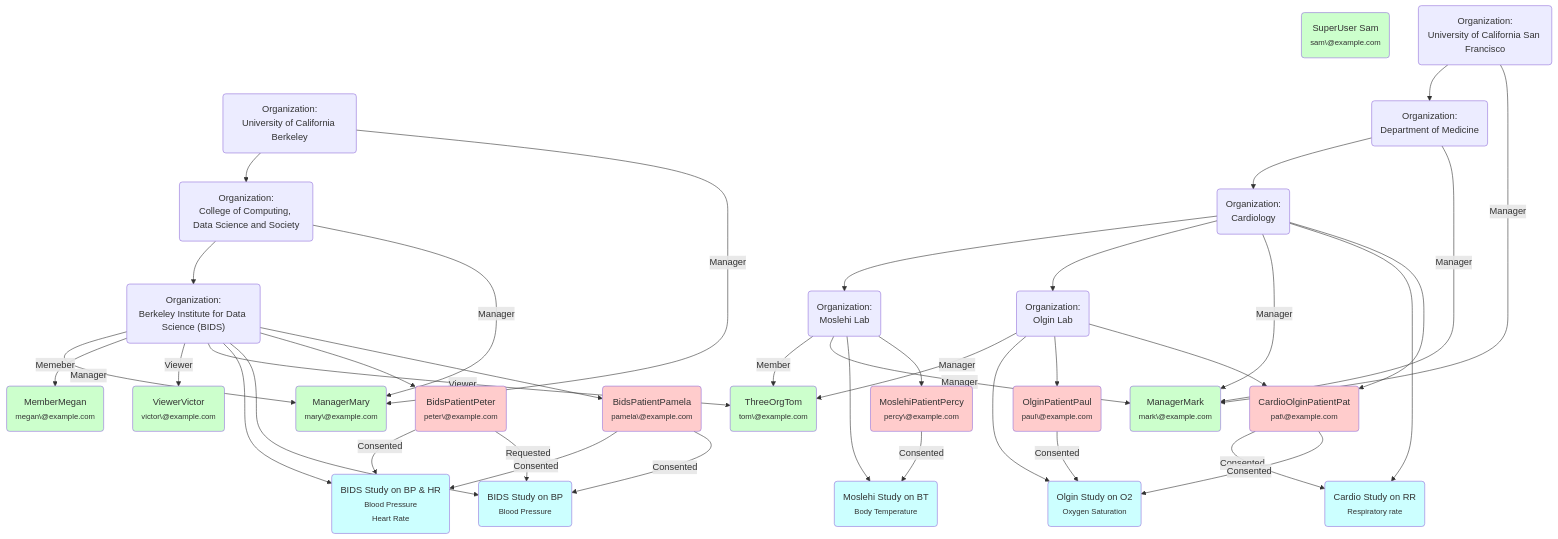
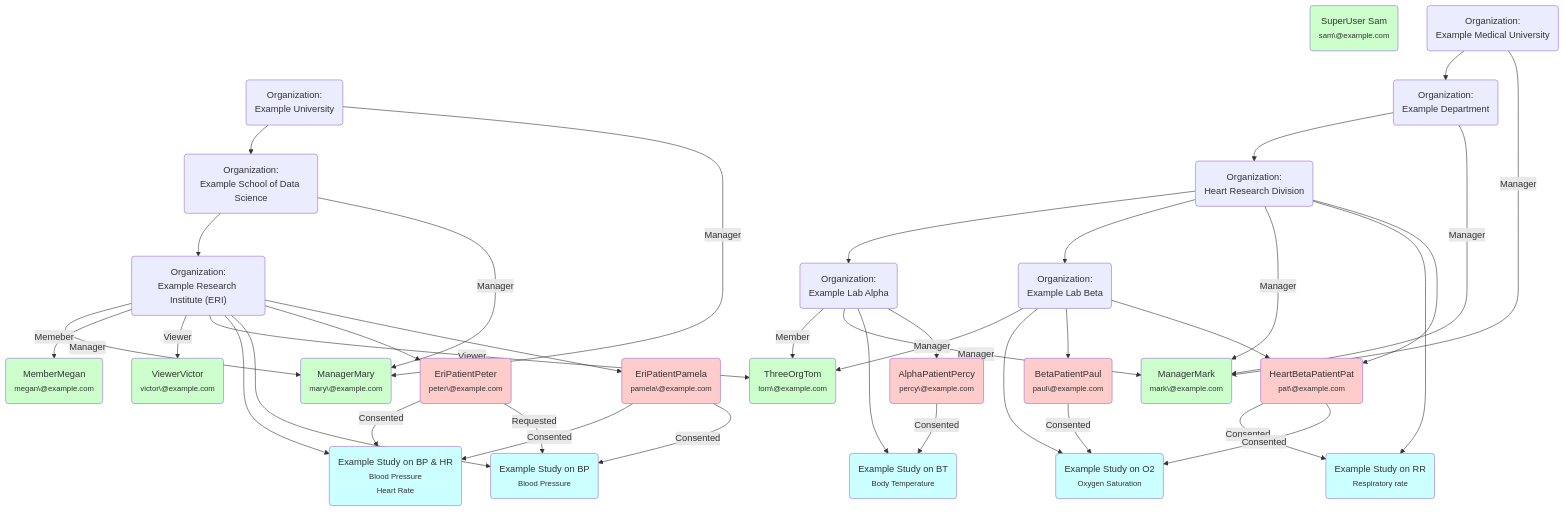
One commit to jupyterhealth/jupyterhealth-exchange changed the first of 2 diagrams in README.md. Above: the diagram before and after it, drawn with Mermaid. The commit also changed other lines of this file and 5 other files, not shown here.

````diff
--- a/README.md
+++ b/README.md
@@ -166,75 +166,75 @@
 ```mermaid
 flowchart TD
     sam("SuperUser Sam<br/><small>sam\@example.com</small>")
     style sam fill:#CFC
 
     %% berkeley
-    ucb("Organization:<br/>University of California Berkeley") --> ccdss("Organization:<br/>College of Computing, Data Science and Society")
-    ccdss --> bids("Organization:<br/>Berkeley Institute for Data Science (BIDS)")
+    ucb("Organization:<br/>Example University") --> ccdss("Organization:<br/>Example School of Data Science")
+    ccdss --> bids("Organization:<br/>Example Research Institute (ERI)")
 
     %% berkeley users
     ucb --Manager--> mary("ManagerMary<br/><small>mary\@example.com</small>")
     style mary fill:#CFC
     ccdss --Manager--> mary
     bids --Manager--> mary
     bids --Memeber--> megan("MemberMegan<br/><small>megan\@example.com</small>")
     style megan fill:#CFC
     bids --Viewer--> victor("ViewerVictor<br/><small>victor\@example.com</small>")
     style victor fill:#CFC
     tom("ThreeOrgTom<br/><small>tom\@example.com</small>")
     bids --Viewer--> tom
     style tom fill:#CFC
 
     %% berkeley studies
-    bids --> bidsStudyOnBPHR("BIDS Study on BP & HR<br/><small>Blood Pressure<br/>Heart Rate</small>")
+    bids --> bidsStudyOnBPHR("Example Study on BP & HR<br/><small>Blood Pressure<br/>Heart Rate</small>")
     style bidsStudyOnBPHR fill:#CFF
-    bids --> bidsStudyOnBP("BIDS Study on BP<br/><small>Blood Pressure </small>")
+    bids --> bidsStudyOnBP("Example Study on BP<br/><small>Blood Pressure </small>")
     style bidsStudyOnBP fill:#CFF
 
     %% berkeley patients
-    bids --> peter("BidsPatientPeter<br/><small>peter\@example.com</small>")
+    bids --> peter("EriPatientPeter<br/><small>peter\@example.com</small>")
     style peter fill:#FCC
     peter --Consented--> bidsStudyOnBPHR
     peter --Requested--> bidsStudyOnBP
-    pamela("BidsPatientPamela<br/><small>pamela\@example.com</small>")
+    pamela("EriPatientPamela<br/><small>pamela\@example.com</small>")
     style pamela fill:#FCC
     bids --> pamela
     pamela --Consented--> bidsStudyOnBPHR
     pamela --Consented--> bidsStudyOnBP
 
     %% ucsf
-    ucsf("Organization:<br/>University of California San Francisco") --> med("Organization:<br/>Department of Medicine")
-    med --> cardio("Organization:<br/>Cardiology")
-    cardio --> moslehi("Organization:<br/>Moslehi Lab")
-    cardio --> olgin("Organization:<br/>Olgin Lab")
+    ucsf("Organization:<br/>Example Medical University") --> med("Organization:<br/>Example Department")
+    med --> cardio("Organization:<br/>Heart Research Division")
+    cardio --> moslehi("Organization:<br/>Example Lab Alpha")
+    cardio --> olgin("Organization:<br/>Example Lab Beta")
 
     %% ucsf users
     ucsf --Manager-->mark("ManagerMark<br/><small>mark\@example.com</small>")
     style mark fill:#CFC
     med --Manager--> mark
     cardio --Manager--> mark
     moslehi --Member--> tom
     moslehi --Manager-->mark
     olgin --Manager--> tom
 
     %% ucsf studies
-    cardio --> cardioStudyOnRR("Cardio Study on RR<br/><small>Respiratory rate</small>")
+    cardio --> cardioStudyOnRR("Example Study on RR<br/><small>Respiratory rate</small>")
     style cardioStudyOnRR fill:#CFF
-    moslehi --> moslehiStudyOnBT("Moslehi Study on BT<br/><small>Body Temperature</small>")
+    moslehi --> moslehiStudyOnBT("Example Study on BT<br/><small>Body Temperature</small>")
     style moslehiStudyOnBT fill:#CFF
-    olgin --> olginStudyOnO2("Olgin Study on O2<br/><small>Oxygen Saturation</small>")
+    olgin --> olginStudyOnO2("Example Study on O2<br/><small>Oxygen Saturation</small>")
     style olginStudyOnO2 fill:#CFF
 
     %% ucsf patients
-    moslehi --> percy("MoslehiPatientPercy<br/><small>percy\@example.com</small>")
+    moslehi --> percy("AlphaPatientPercy<br/><small>percy\@example.com</small>")
     style percy fill:#FCC
     percy --Consented--> moslehiStudyOnBT
-    olgin --> paul("OlginPatientPaul<br/><small>paul\@example.com</small>")
+    olgin --> paul("BetaPatientPaul<br/><small>paul\@example.com</small>")
     style paul fill:#FCC
     paul --Consented--> olginStudyOnO2
-    cardio --> pat("CardioOlginPatientPat<br/><small>pat\@example.com</small>")
+    cardio --> pat("HeartBetaPatientPat<br/><small>pat\@example.com</small>")
     style pat fill:#FCC
     pat --Consented--> cardioStudyOnRR
     pat --Consented--> olginStudyOnO2
     olgin --> pat
 ```
````
